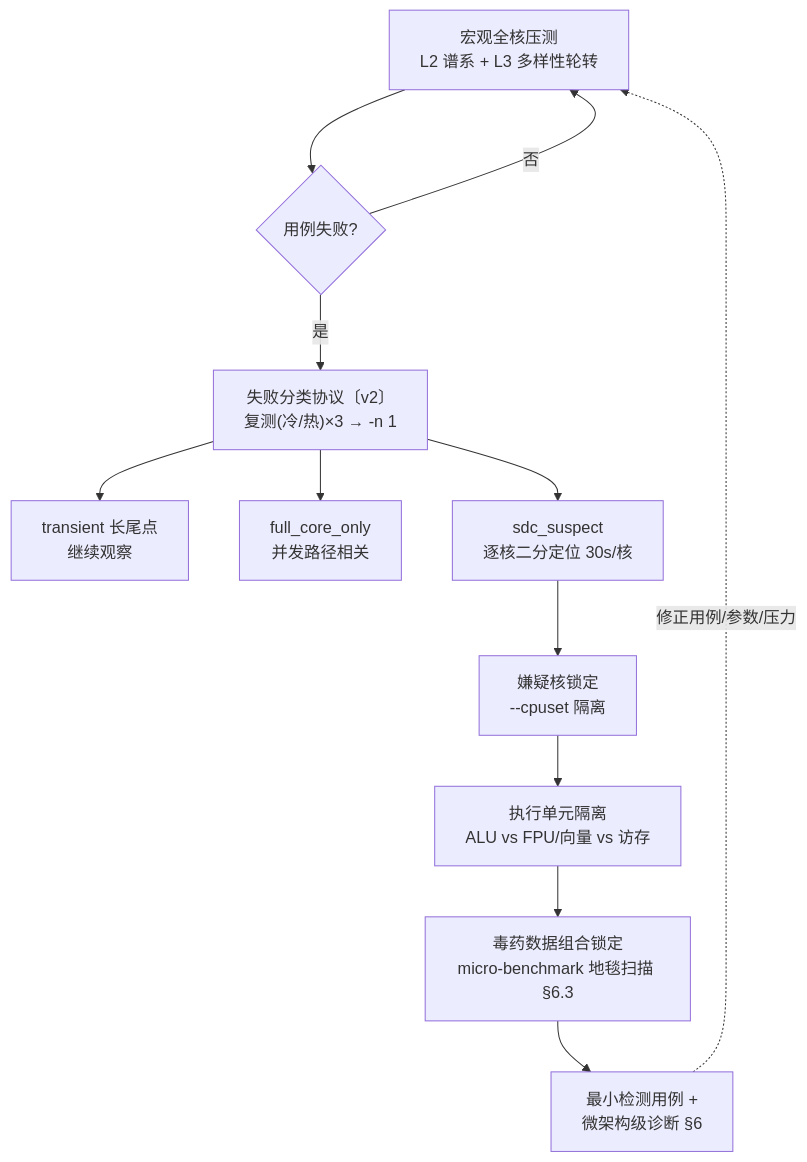
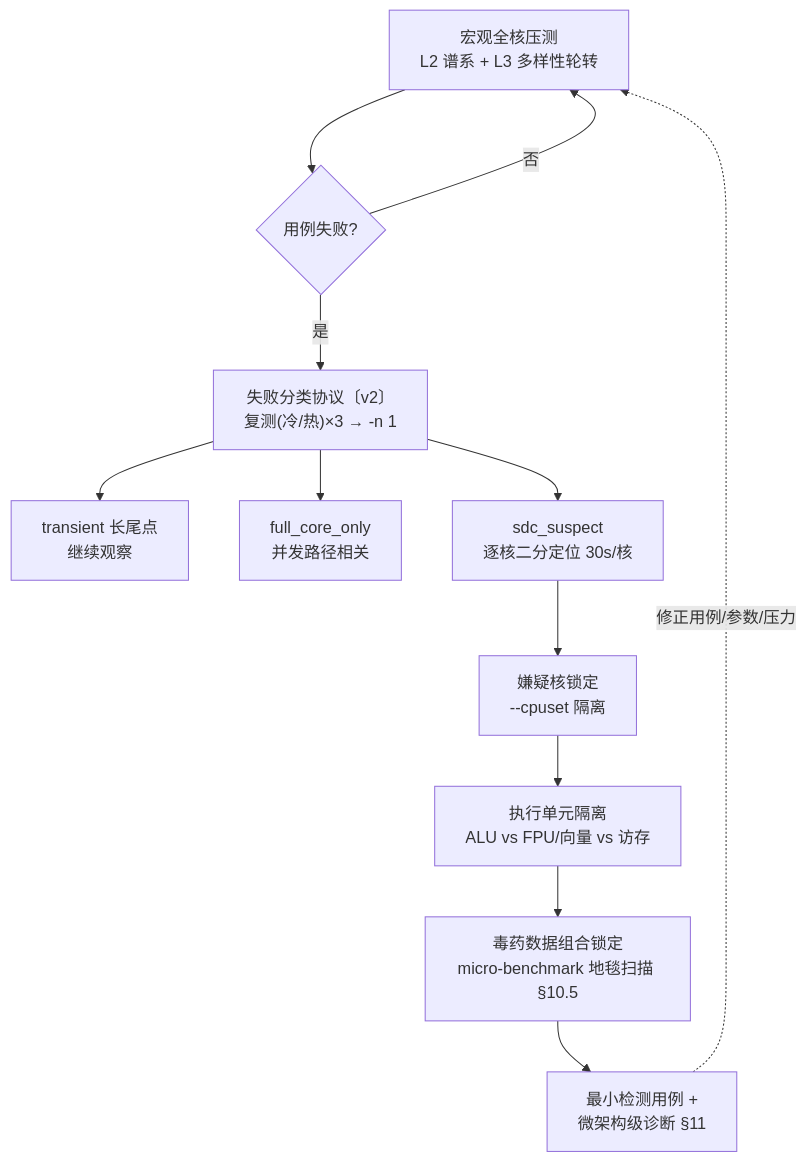
The third of 5 diagrams in docs/sdc-excite-reproduce/sdc-excite-reproduce-7x24.md (wangxumarshall/sdcshield), drawn with Mermaid before and after one commit. The commit also changed other lines of this file, not shown here.

````diff
--- a/docs/sdc-excite-reproduce/sdc-excite-reproduce-7x24.md
+++ b/docs/sdc-excite-reproduce/sdc-excite-reproduce-7x24.md
@@ -384,14 +889,14 @@
 ```mermaid
 flowchart TD
     A["宏观全核压测<br/>L2 谱系 + L3 多样性轮转"] --> B{用例失败?}
     B -- 否 --> A
     B -- 是 --> C["失败分类协议〔v2〕<br/>复测(冷/热)×3 → -n 1"]
     C --> T["transient 长尾点<br/>继续观察"]
     C --> F["full_core_only<br/>并发路径相关"]
     C --> S["sdc_suspect<br/>逐核二分定位 30s/核"]
     S --> D["嫌疑核锁定<br/>--cpuset 隔离"]
     D --> E["执行单元隔离<br/>ALU vs FPU/向量 vs 访存"]
-    E --> P["毒药数据组合锁定<br/>micro-benchmark 地毯扫描 §6.3"]
-    P --> M["最小检测用例 +<br/>微架构级诊断 §6"]
+    E --> P["毒药数据组合锁定<br/>micro-benchmark 地毯扫描 §10.5"]
+    P --> M["最小检测用例 +<br/>微架构级诊断 §11"]
     M -. "修正用例/参数/压力" .-> A
 ```
````
